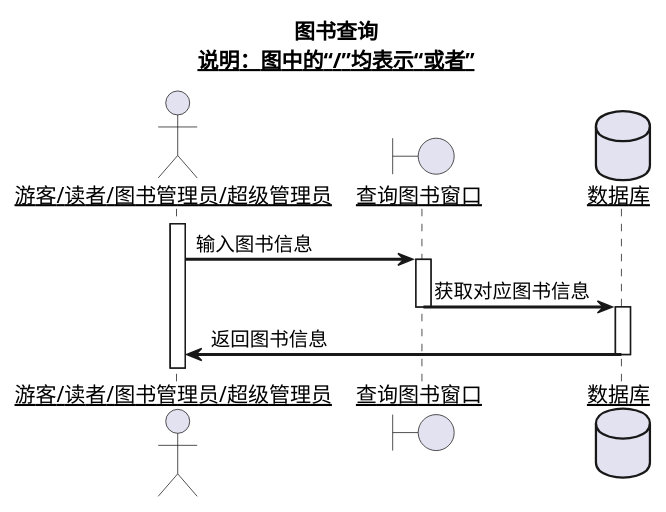
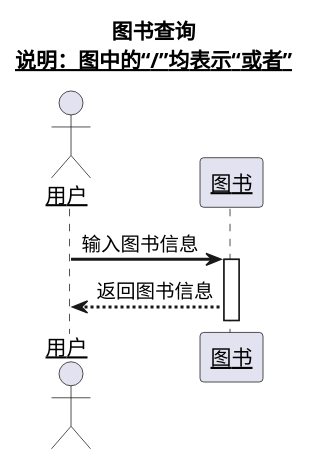
One commit to Landy7/is_analysis changed the diagram in test4/sequence1.md. Above: the diagram before and after it, drawn with PlantUML. The commit also changed 24 other files, not shown here.

```diff
--- a/test4/sequence1.md
+++ b/test4/sequence1.md
@@ -1,20 +1,14 @@
 @startuml
 title
  图书查询
  <u>说明：图中的“/”均表示“或者”</u>
 end title
 skinparam sequenceArrowThickness 2
 skinparam maxmessagesize 60
 skinparam sequenceParticipant underline
-actor "游客/读者/图书管理员/超级管理员" as U
-boundary "查询图书窗口" as A
-database "数据库" as B
-activate U
+actor "用户" as U
+participant "图书" as A
 U ->A:输入图书信息
 activate A
-A ->B:获取对应图书信息
-deactivate A
-activate B
-B ->U:返回图书信息
-deactivate B
+A -->U:返回图书信息
 @enduml
```
